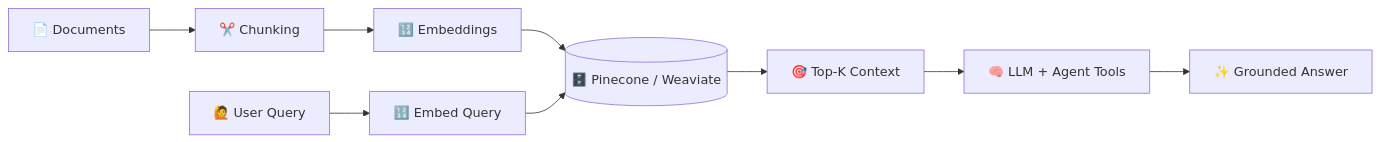
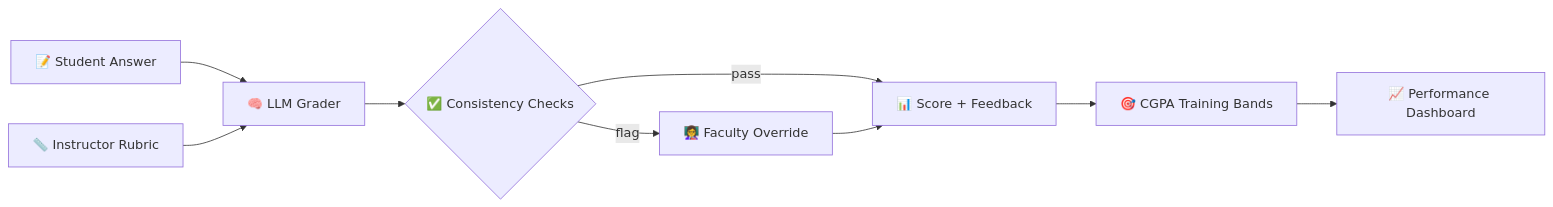
Before and after one commit to Ramo74Dixit/Ramo74Dixit: the second of 2 diagrams in README.md, drawn with Mermaid. The commit also changed other lines of this file, not shown here.

````diff
--- a/README.md
+++ b/README.md
@@ -109,11 +172,11 @@
 ```mermaid
 flowchart LR
-    A[📄 Documents] --> B[✂️ Chunking]
-    B --> C[🔢 Embeddings]
-    C --> D[(🗄️ Pinecone / Weaviate)]
-    Q[🙋 User Query] --> E[🔢 Embed Query]
-    E --> D
-    D --> F[🎯 Top-K Context]
-    F --> G[🧠 LLM + Agent Tools]
-    G --> H[✨ Grounded Answer]
+    A[📝 Student Answer] --> C[🧠 LLM Grader]
+    B[📏 Instructor Rubric] --> C
+    C --> D{✅ Consistency Checks}
+    D -->|pass| E[📊 Score + Feedback]
+    D -->|flag| F[👩‍🏫 Faculty Override]
+    F --> E
+    E --> G[🎯 CGPA Training Bands]
+    G --> H[📈 Performance Dashboard]
 ```
````
